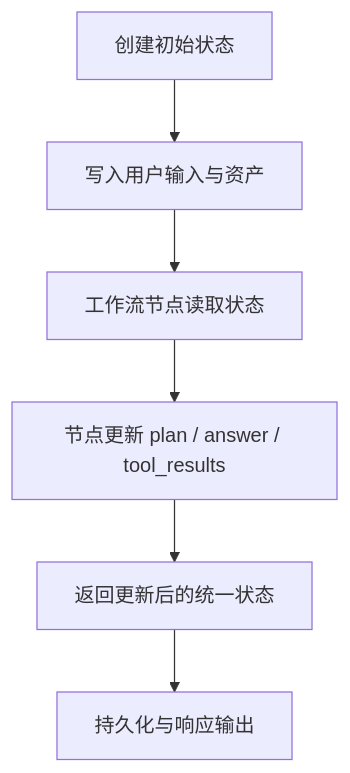
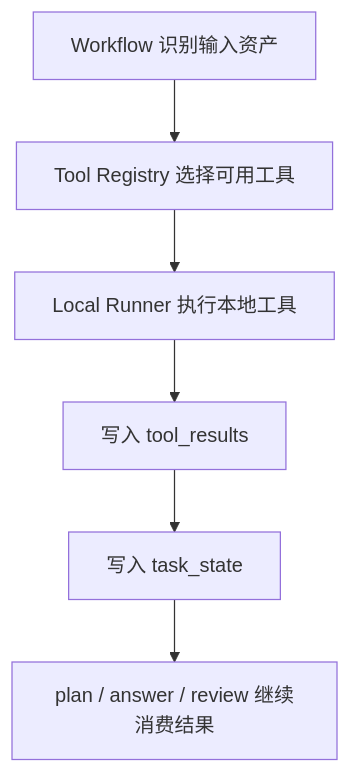
One commit to yeqiana/AgentOps changed the fourth of 5 diagrams in docs/enterprise/详细设计说明书.md. Above: the diagram before and after it, drawn with Mermaid. The commit also changed other lines of this file and 22 other files, not shown here.

````diff
--- a/docs/enterprise/详细设计说明书.md
+++ b/docs/enterprise/详细设计说明书.md
@@ -203,8 +465,8 @@
 ```mermaid
 flowchart TD
-    A[创建初始状态] --> B[写入用户输入与资产]
-    B --> C[工作流节点读取状态]
-    C --> D[节点更新 plan / answer / tool_results]
-    D --> E[返回更新后的统一状态]
-    E --> F[持久化与响应输出]
+    A[Workflow 识别输入资产] --> B[Tool Registry 选择可用工具]
+    B --> C[Local Runner 执行本地工具]
+    C --> D[写入 tool_results]
+    D --> E[写入 task_state]
+    E --> F[plan / answer / review 继续消费结果]
 ```
````
